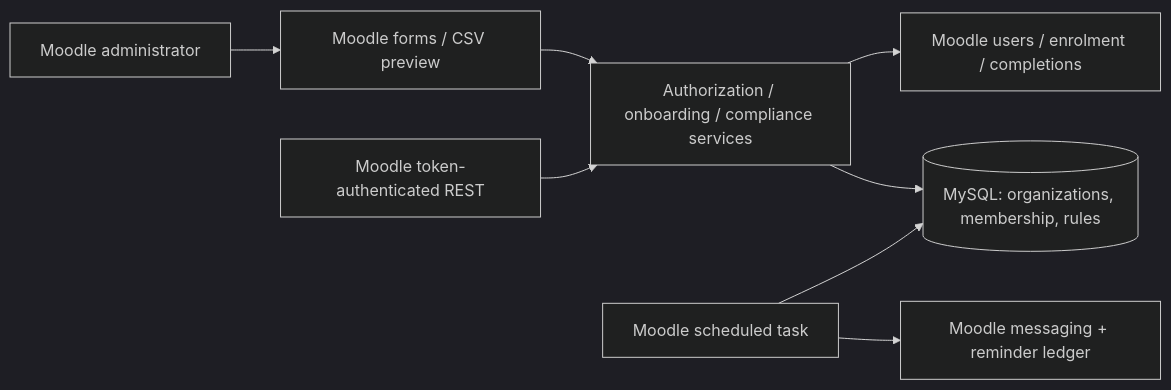
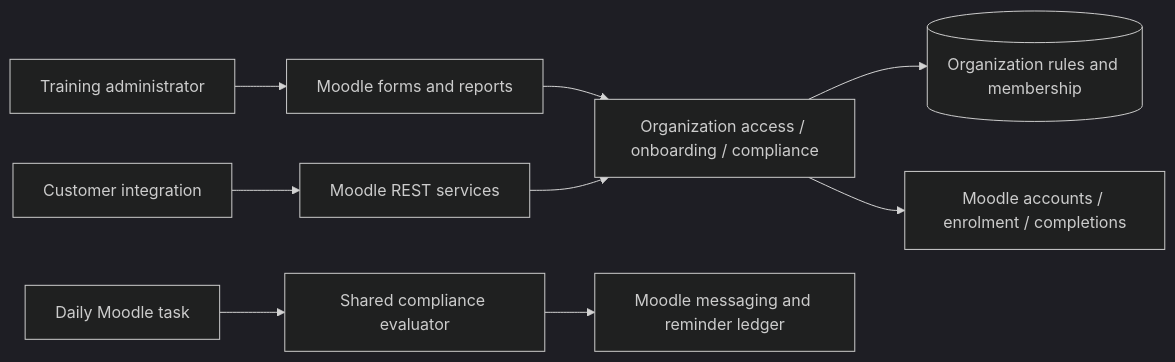
The diagram in README.md (zinels/fleetcert-moodle-compliance), drawn with Mermaid (dark theme) before and after one commit. The commit also changed other lines of this file and 17 other files, not shown here.

Commit message:
Add manager assignments, complete filtered exports, summary API, and integration tests

````diff
--- a/README.md
+++ b/README.md
@@ -9,10 +41,11 @@
 ```mermaid
 flowchart LR
-  Admin[Moodle administrator] --> Forms[Moodle forms / CSV preview]
-  Forms --> Services[Authorization / onboarding / compliance services]
-  REST[Moodle token-authenticated REST] --> Services
-  Services --> DB[(MySQL: organizations, membership, rules)]
-  Services --> Moodle[Moodle users / enrolment / completions]
-  Cron[Moodle scheduled task] --> Messages[Moodle messaging + reminder ledger]
-  Cron --> DB
+    Admin[Training administrator] --> UI[Moodle forms and reports]
+    Client[Customer integration] --> API[Moodle REST services]
+    UI --> Services[Organization access / onboarding / compliance]
+    API --> Services
+    Services --> Rules[(Organization rules and membership)]
+    Services --> Moodle[Moodle accounts / enrolment / completions]
+    Cron[Daily Moodle task] --> Reminder[Shared compliance evaluator]
+    Reminder --> Messaging[Moodle messaging and reminder ledger]
 ```
````
